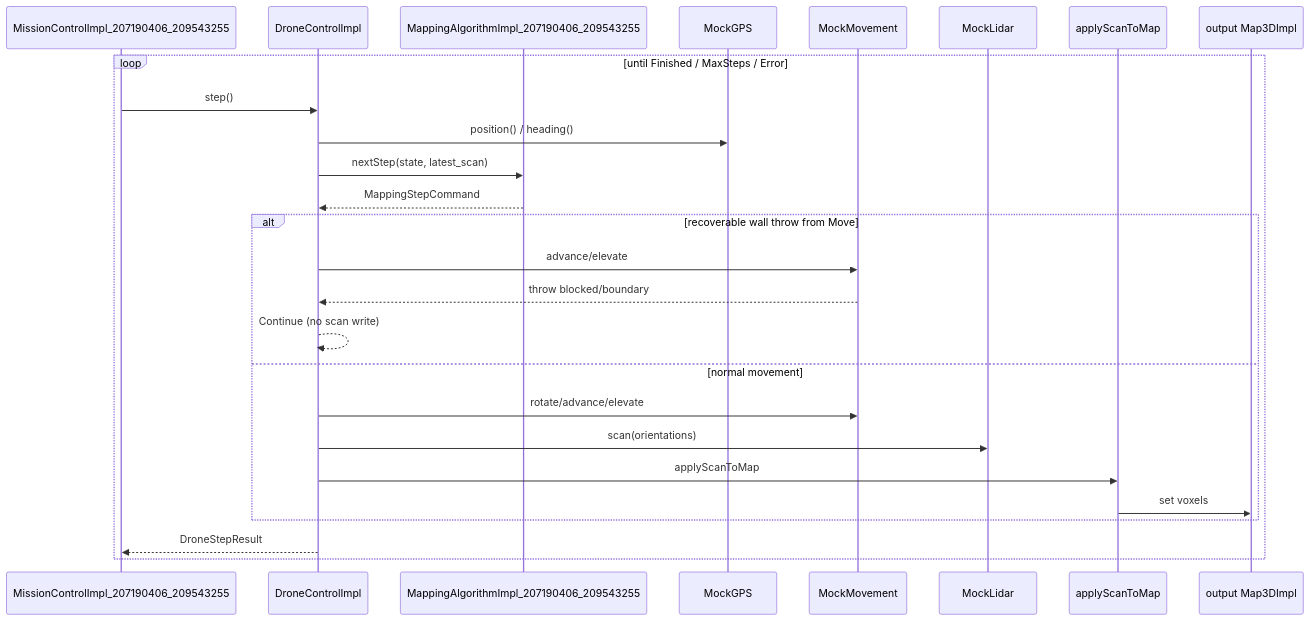
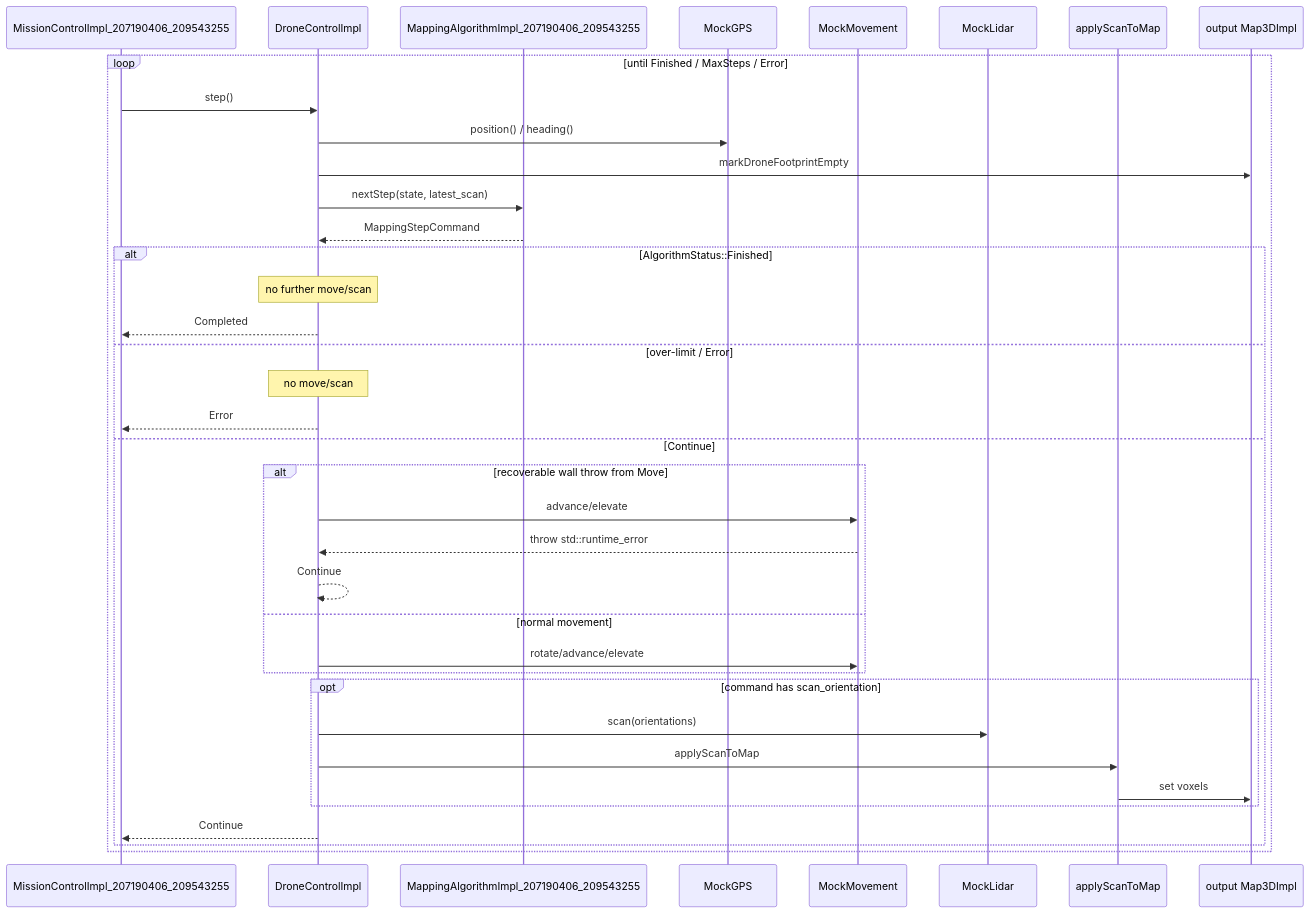
Before and after one commit to Sagi154/Drone-Mapper-ex3: the diagram in docs/hld/seq-drone-step.mmd, drawn with Mermaid. The commit also changed 7 other files, not shown here.

Commit message:
docs: fix HLD class and sequence diagram drift found by rubric review

```diff
--- a/docs/hld/seq-drone-step.mmd
+++ b/docs/hld/seq-drone-step.mmd
@@ -1,27 +1,38 @@
 sequenceDiagram
     participant MC as MissionControlImpl_207190406_209543255
     participant DC as DroneControlImpl
     participant Algo as MappingAlgorithmImpl_207190406_209543255
     participant GPS as MockGPS
     participant Move as MockMovement
     participant Lidar as MockLidar
     participant SR as applyScanToMap
     participant Map as output Map3DImpl
 
     loop until Finished / MaxSteps / Error
         MC->>DC: step()
         DC->>GPS: position() / heading()
+        DC->>Map: markDroneFootprintEmpty
         DC->>Algo: nextStep(state, latest_scan)
         Algo-->>DC: MappingStepCommand
-        alt recoverable wall throw from Move
-            DC->>Move: advance/elevate
-            Move-->>DC: throw blocked/boundary
-            DC-->>DC: Continue (no scan write)
-        else normal movement
-            DC->>Move: rotate/advance/elevate
-            DC->>Lidar: scan(orientations)
-            DC->>SR: applyScanToMap
-            SR->>Map: set voxels
+        alt AlgorithmStatus::Finished
+            Note over DC: no further move/scan
+            DC-->>MC: Completed
+        else over-limit / Error
+            Note over DC: no move/scan
+            DC-->>MC: Error
+        else Continue
+            alt recoverable wall throw from Move
+                DC->>Move: advance/elevate
+                Move-->>DC: throw std::runtime_error
+                DC-->>DC: Continue
+            else normal movement
+                DC->>Move: rotate/advance/elevate
+            end
+            opt command has scan_orientation
+                DC->>Lidar: scan(orientations)
+                DC->>SR: applyScanToMap
+                SR->>Map: set voxels
+            end
+            DC-->>MC: Continue
         end
-        DC-->>MC: DroneStepResult
     end
```
